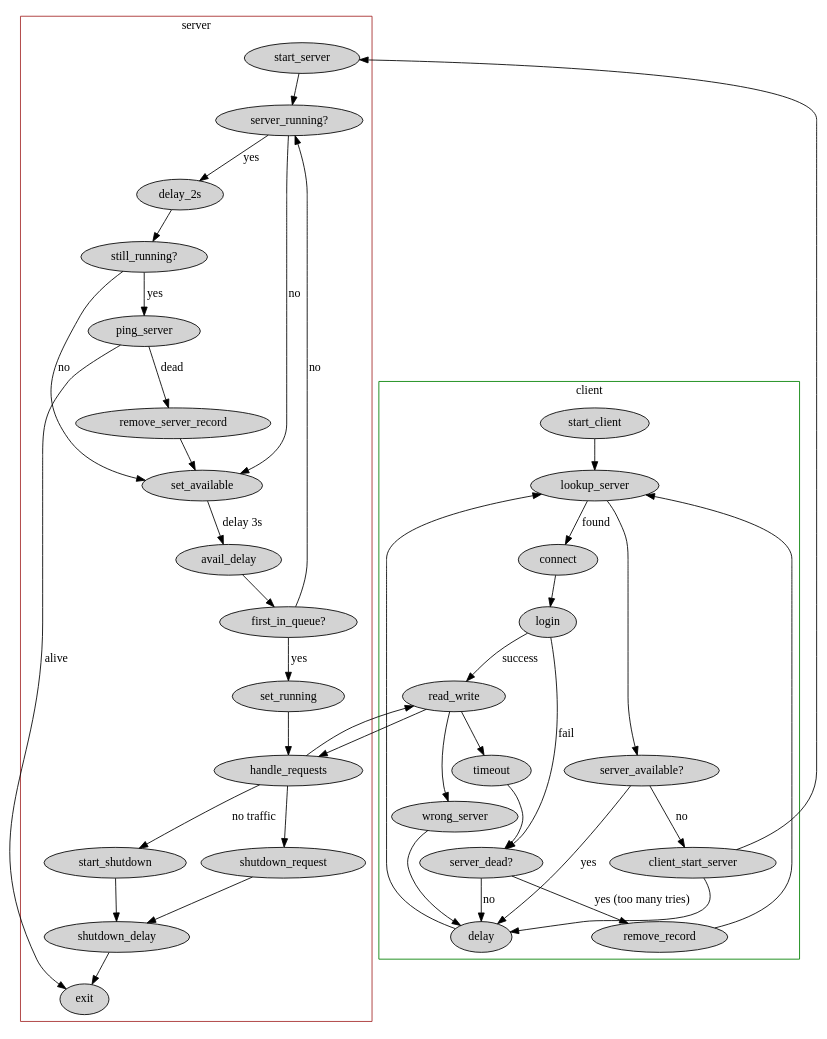
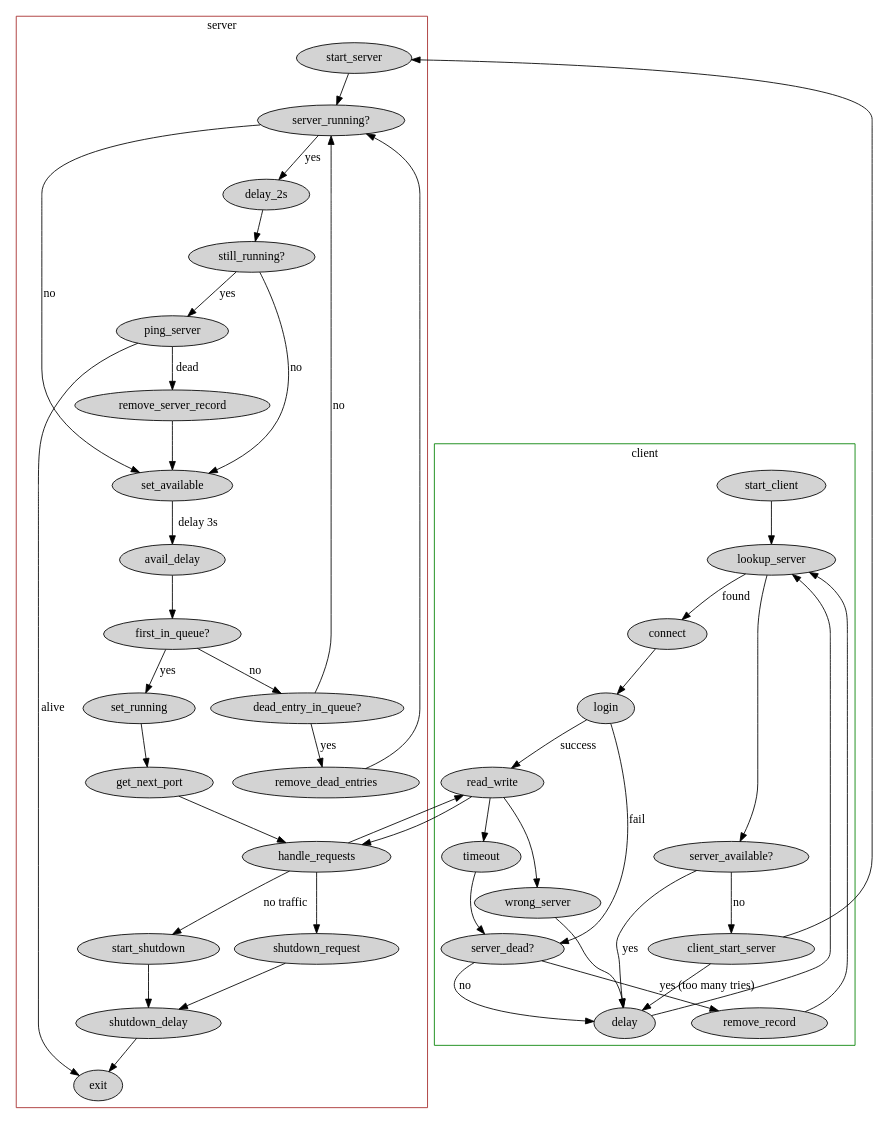
The diagram in docs/manual/server.dot (kiatoa/megatest), drawn with Graphviz before and after one commit. The commit also changed 4 other files, not shown here.

```diff
--- a/docs/manual/server.dot
+++ b/docs/manual/server.dot
@@ -1,67 +1,70 @@
 digraph G {
 
     // put client after server so server_start node is visible
     //
     subgraph cluster_0 {
         node [style=filled];
 	
 	start_client -> lookup_server;
 	lookup_server -> connect [label=found];
 
 	lookup_server -> "server_available?";
 	"server_available?" -> delay [label=yes];
 	"server_available?" -> client_start_server [label=no];
 
 	client_start_server -> delay;
 
 	connect -> login;
 	login -> read_write [label=success];
 	login -> "server_dead?" [label=fail];
 
 	read_write -> timeout -> "server_dead?";
 	read_write -> wrong_server -> delay;
 	// read_write -> read_write;
 	
 	"server_dead?" -> remove_record [label="yes (too many tries)"];
 	remove_record -> lookup_server;
 	"server_dead?" -> delay [label=no];
 
 	delay -> lookup_server;	
 
         label = "client";
         color=green;
     }
 
     subgraph cluster_1 {
         node [style=filled];
 	
 	start_server -> "server_running?";
 	"server_running?" -> set_available [label="no"];
 	"server_running?" -> delay_2s [label="yes"];
 	delay_2s -> "still_running?";
 	"still_running?" -> ping_server [label=yes];
 	"still_running?" -> set_available [label=no];
 	ping_server -> exit [label=alive];
 	ping_server -> remove_server_record [label=dead];
 	remove_server_record -> set_available;
 	set_available -> avail_delay [label="delay 3s"];
 	avail_delay -> "first_in_queue?";
 
 	"first_in_queue?" -> set_running [label=yes];
-	set_running -> handle_requests;
-	"first_in_queue?" -> "server_running?" [label=no];
+	set_running -> get_next_port -> handle_requests;
+	"first_in_queue?" -> "dead_entry_in_queue?" [label=no];
+	"dead_entry_in_queue?" -> "server_running?" [label=no];
+	"dead_entry_in_queue?" -> "remove_dead_entries" [label=yes];
+	remove_dead_entries -> "server_running?";
 
 	handle_requests -> start_shutdown [label="no traffic"];
 	handle_requests -> shutdown_request;
 	start_shutdown -> shutdown_delay;
 	shutdown_request -> shutdown_delay;
 	shutdown_delay -> exit;
 	
         label = "server";
         color=brown;
     }
 
     client_start_server -> start_server;
     handle_requests -> read_write;
     read_write -> handle_requests;
 }
```
